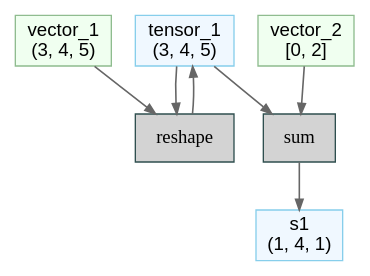
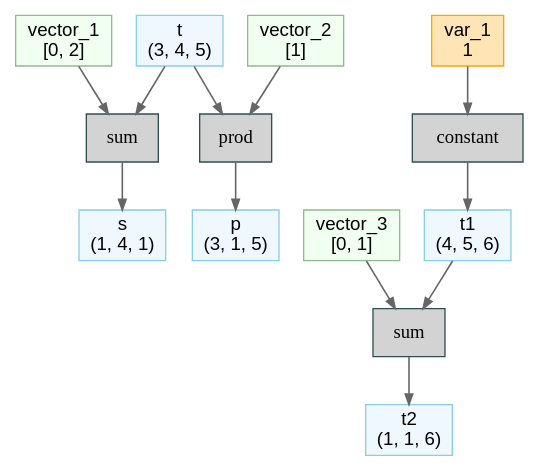
Before and after one commit to zhaziqwe/deepx: the diagram in front/py/examples/2_ir/5_reduce_sum_keepdim.dot, drawn with Graphviz. The commit also changed 20 other files, not shown here.

First line of the commit message:
front&excuter/reduce:sum,prod (#20)

```diff
--- a/front/py/examples/2_ir/5_reduce_sum_keepdim.dot
+++ b/front/py/examples/2_ir/5_reduce_sum_keepdim.dot
@@ -1,21 +1,38 @@
 // Computational Graph
 digraph {
 	rankdir=TB
 	node [shape=record]
-	138334896593968 [label="tensor_1
+	134483478251840 [label="t
 (3, 4, 5)" color=skyblue fillcolor=aliceblue fontname="Sans-Serif" labeljust=l shape=box style=filled]
-	138336870303440 [label=reshape color=darkslategray fillcolor=lightgray fontname="Courier Bold" labeljust=l shape=box style=filled]
-	138336870304208 [label="vector_1
-(3, 4, 5)" color=darkseagreen fillcolor=honeydew fontname="Sans-Serif" labeljust=l shape=box style=filled]
-	138334610649632 [label="s1
+	134481220276224 [label="s
 (1, 4, 1)" color=skyblue fillcolor=aliceblue fontname="Sans-Serif" labeljust=l shape=box style=filled]
-	138334610649680 [label="vector_2
+	134481218754432 [label="vector_1
 [0, 2]" color=darkseagreen fillcolor=honeydew fontname="Sans-Serif" labeljust=l shape=box style=filled]
-	138334610649536 [label=sum color=darkslategray fillcolor=lightgray fontname="Courier Bold" labeljust=l shape=box style=filled]
-	138336870303440 -> 138334896593968 [arrowsize=0.8 color=gray40 penwidth=1.2]
-	138334896593968 -> 138336870303440 [arrowsize=0.8 color=gray40 penwidth=1.2]
-	138336870304208 -> 138336870303440 [arrowsize=0.8 color=gray40 penwidth=1.2]
-	138334610649536 -> 138334610649632 [arrowsize=0.8 color=gray40 penwidth=1.2]
-	138334896593968 -> 138334610649536 [arrowsize=0.8 color=gray40 penwidth=1.2]
-	138334610649680 -> 138334610649536 [arrowsize=0.8 color=gray40 penwidth=1.2]
+	134481218754576 [label=sum color=darkslategray fillcolor=lightgray fontname="Courier Bold" labeljust=l shape=box style=filled]
+	134481218754336 [label="p
+(3, 1, 5)" color=skyblue fillcolor=aliceblue fontname="Sans-Serif" labeljust=l shape=box style=filled]
+	134481218754672 [label="vector_2
+[1]" color=darkseagreen fillcolor=honeydew fontname="Sans-Serif" labeljust=l shape=box style=filled]
+	134481218754720 [label=prod color=darkslategray fillcolor=lightgray fontname="Courier Bold" labeljust=l shape=box style=filled]
+	134483478251408 [label="t1
+(4, 5, 6)" color=skyblue fillcolor=aliceblue fontname="Sans-Serif" labeljust=l shape=box style=filled]
+	134481218755152 [label=constant color=darkslategray fillcolor=lightgray fontname="Courier Bold" labeljust=l shape=box style=filled]
+	134481218754912 [label="var_1
+1" color=orange fillcolor=moccasin fontname="Sans-Serif" labeljust=l shape=box style=filled]
+	134481218754864 [label="t2
+(1, 1, 6)" color=skyblue fillcolor=aliceblue fontname="Sans-Serif" labeljust=l shape=box style=filled]
+	134481218754528 [label="vector_3
+[0, 1]" color=darkseagreen fillcolor=honeydew fontname="Sans-Serif" labeljust=l shape=box style=filled]
+	134481218755392 [label=sum color=darkslategray fillcolor=lightgray fontname="Courier Bold" labeljust=l shape=box style=filled]
+	134481218754576 -> 134481220276224 [arrowsize=0.8 color=gray40 penwidth=1.2]
+	134483478251840 -> 134481218754576 [arrowsize=0.8 color=gray40 penwidth=1.2]
+	134481218754432 -> 134481218754576 [arrowsize=0.8 color=gray40 penwidth=1.2]
+	134481218754720 -> 134481218754336 [arrowsize=0.8 color=gray40 penwidth=1.2]
+	134483478251840 -> 134481218754720 [arrowsize=0.8 color=gray40 penwidth=1.2]
+	134481218754672 -> 134481218754720 [arrowsize=0.8 color=gray40 penwidth=1.2]
+	134481218755152 -> 134483478251408 [arrowsize=0.8 color=gray40 penwidth=1.2]
+	134481218754912 -> 134481218755152 [arrowsize=0.8 color=gray40 penwidth=1.2]
+	134481218755392 -> 134481218754864 [arrowsize=0.8 color=gray40 penwidth=1.2]
+	134483478251408 -> 134481218755392 [arrowsize=0.8 color=gray40 penwidth=1.2]
+	134481218754528 -> 134481218755392 [arrowsize=0.8 color=gray40 penwidth=1.2]
 }
```
